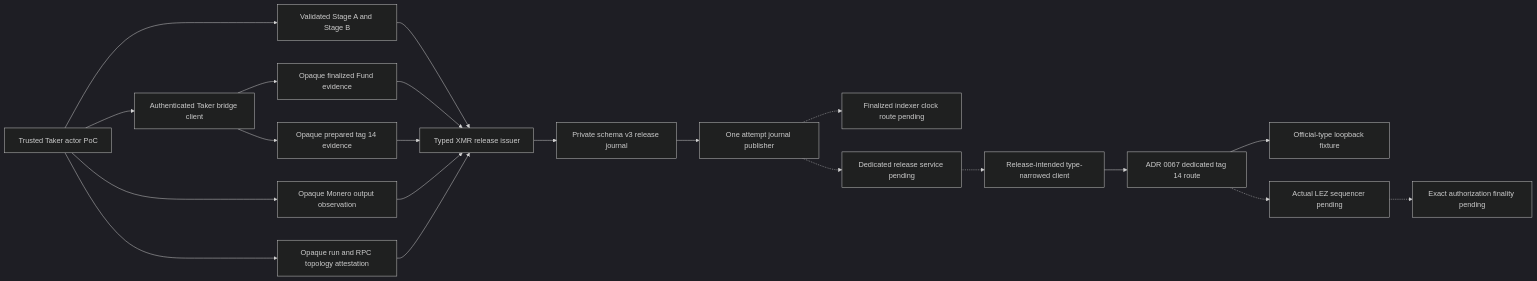
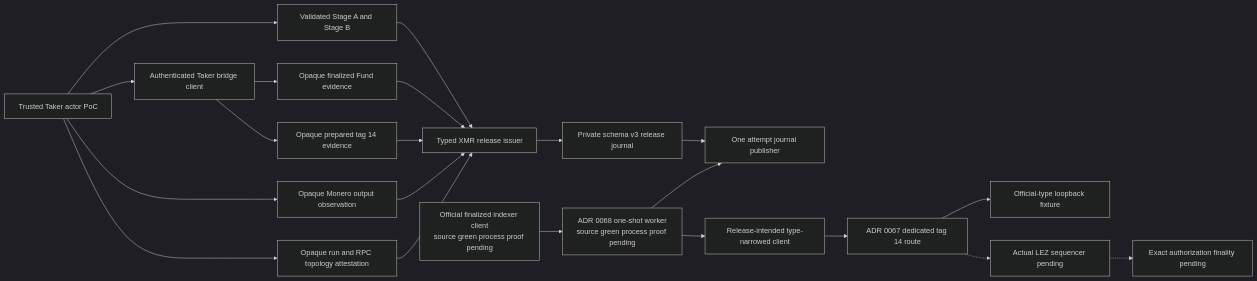
The first of 2 diagrams in docs/architecture/0065-bind-xmr-release-to-opaque-evidence.md (gateway-fm/lez-atomic-swaps), drawn with Mermaid (dark theme) before and after one commit. The commit also changed 17 other files, not shown here.

Commit message:
feat(m4): isolate one-shot release worker

````diff
--- a/docs/architecture/0065-bind-xmr-release-to-opaque-evidence.md
+++ b/docs/architecture/0065-bind-xmr-release-to-opaque-evidence.md
@@ -75,23 +75,23 @@
 ```mermaid
 flowchart LR
     Actor["Trusted Taker actor PoC"] --> StageB["Validated Stage A and Stage B"]
     Actor --> Bridge["Authenticated Taker bridge client"]
     Bridge --> Fund["Opaque finalized Fund evidence"]
     Bridge --> Auth["Opaque prepared tag 14 evidence"]
     Actor --> Monero["Opaque Monero output observation"]
     Actor --> Topology["Opaque run and RPC topology attestation"]
     StageB --> Issuer["Typed XMR release issuer"]
     Fund --> Issuer
     Auth --> Issuer
     Monero --> Issuer
     Topology --> Issuer
     Issuer --> Journal["Private schema v3 release journal"]
     Journal --> Publisher["One attempt journal publisher"]
-    Publisher -.-> FinalClock["Finalized indexer clock route pending"]
-    Publisher -.-> ReleaseService["Dedicated release service pending"]
-    ReleaseService -.-> ReleaseClient["Release-intended type-narrowed client"]
+    ReleaseService["ADR 0068 one-shot worker<br/>source green process proof pending"] --> Publisher
+    FinalClock["Official finalized indexer client<br/>source green process proof pending"] --> ReleaseService
+    ReleaseService --> ReleaseClient["Release-intended type-narrowed client"]
     ReleaseClient --> Route["ADR 0067 dedicated tag 14 route"]
     Route --> Fixture["Official-type loopback fixture"]
     Route -.-> ActualNode["Actual LEZ sequencer pending"]
     ActualNode -.-> Finality["Exact authorization finality pending"]
 ```
````
